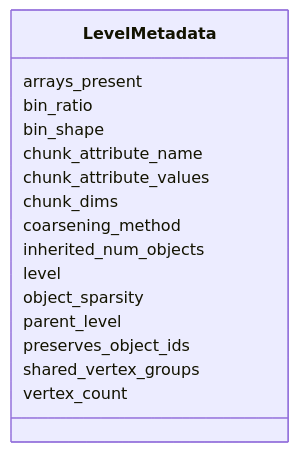
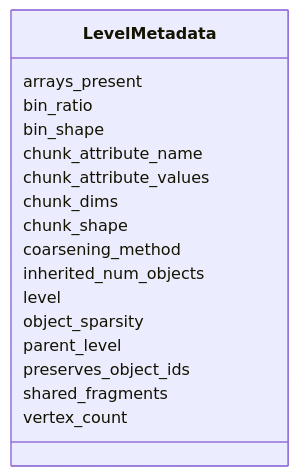
Before and after one commit to BRIDGE-Neuroscience/zarr-vectors-py: the eighth of 14 diagrams in schema/reference.md, drawn with Mermaid. The commit also changed other lines of this file and 1 other file, not shown here.

First line of the commit message:
regen schema artefacts from LinkML source

````diff
--- a/schema/reference.md
+++ b/schema/reference.md
@@ -4962,34 +4789,36 @@
 ```mermaid
  classDiagram
     class LevelMetadata
     click LevelMetadata href "../LevelMetadata/"
       LevelMetadata : arrays_present
         
       LevelMetadata : bin_ratio
         
       LevelMetadata : bin_shape
         
       LevelMetadata : chunk_attribute_name
         
       LevelMetadata : chunk_attribute_values
         
       LevelMetadata : chunk_dims
         
+      LevelMetadata : chunk_shape
+        
       LevelMetadata : coarsening_method
         
       LevelMetadata : inherited_num_objects
         
       LevelMetadata : level
         
       LevelMetadata : object_sparsity
         
       LevelMetadata : parent_level
         
       LevelMetadata : preserves_object_ids
         
-      LevelMetadata : shared_vertex_groups
+      LevelMetadata : shared_fragments
         
       LevelMetadata : vertex_count
         
       
 ```
````
